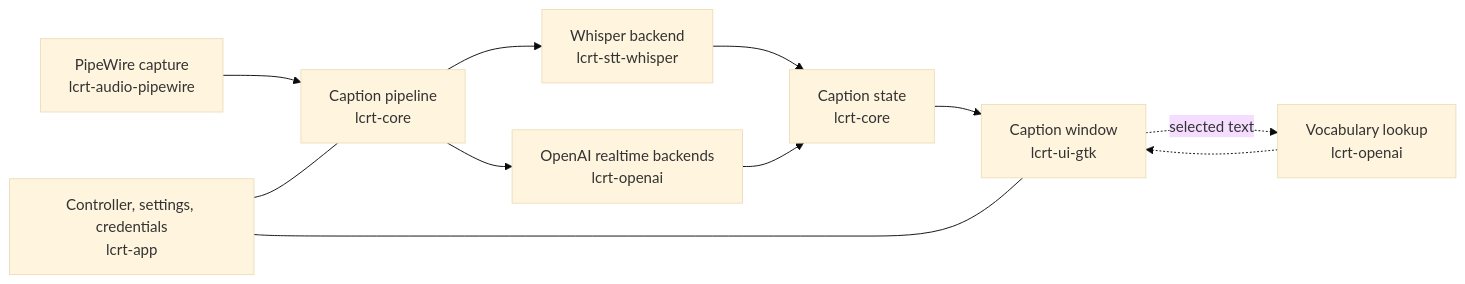
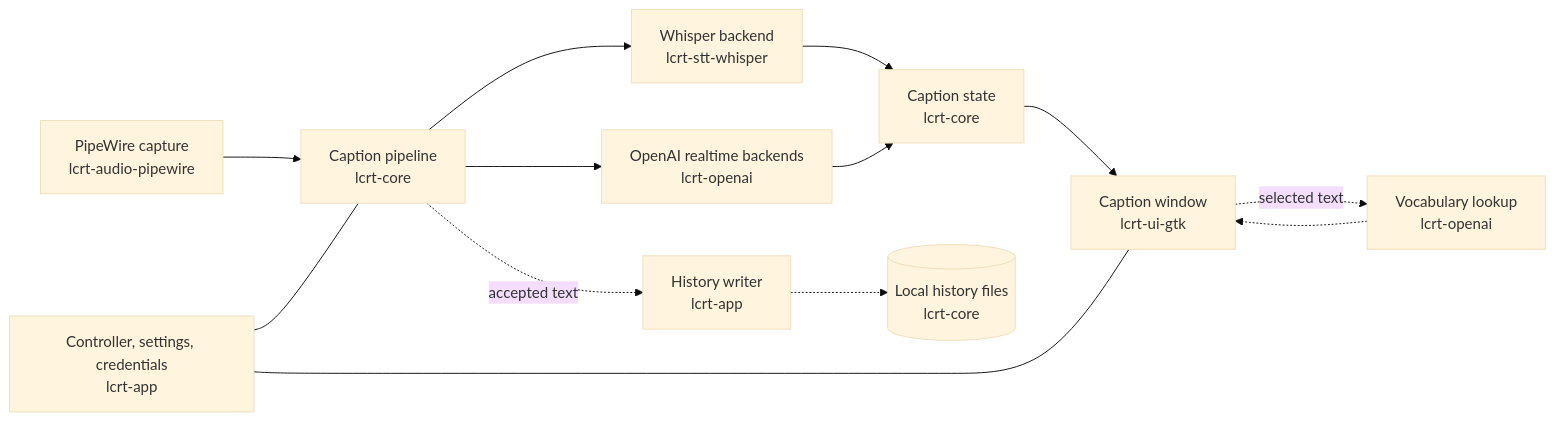
One commit to XKeviNguyen/lcrt changed the diagram in README.md. Above: the diagram before and after it, drawn with Mermaid (base theme). The commit also changed other lines of this file and 24 other files, not shown here.

````diff
--- a/README.md
+++ b/README.md
@@ -302,13 +380,15 @@
 ```mermaid
 flowchart LR
     PW["PipeWire capture<br>lcrt-audio-pipewire"] --> P["Caption pipeline<br>lcrt-core"]
     P --> W["Whisper backend<br>lcrt-stt-whisper"]
     P --> O["OpenAI realtime backends<br>lcrt-openai"]
     W --> C["Caption state<br>lcrt-core"]
     O --> C
     C --> UI["Caption window<br>lcrt-ui-gtk"]
     UI -. "selected text" .-> V["Vocabulary lookup<br>lcrt-openai"]
     V -.-> UI
+    P -. "accepted text" .-> H["History writer<br>lcrt-app"]
+    H -.-> F[("Local history files<br>lcrt-core")]
     APP["Controller, settings, credentials<br>lcrt-app"] --- P
     APP --- UI
 ```
````
